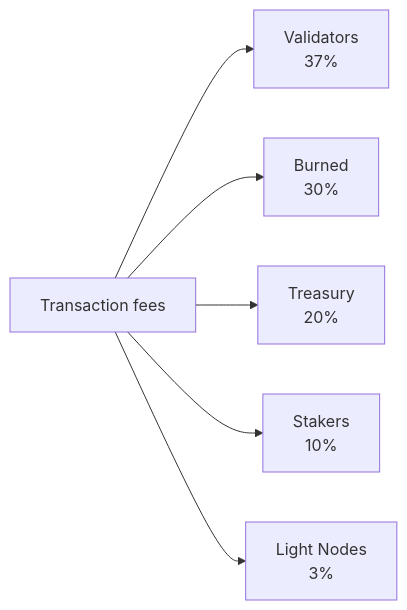
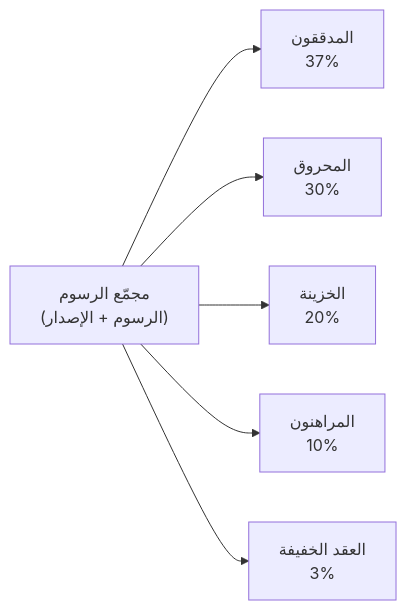
One commit to qorechain/qorechain-docs changed the diagram in i18n/ar/docusaurus-plugin-content-docs/current/architecture/tokenomics.md. Above: the diagram before and after it, drawn with Mermaid. The commit also changed other lines of this file and 1055 other files, not shown here.

````diff
--- a/i18n/ar/docusaurus-plugin-content-docs/current/architecture/tokenomics.md
+++ b/i18n/ar/docusaurus-plugin-content-docs/current/architecture/tokenomics.md
@@ -82,9 +82,9 @@
 ```mermaid
 flowchart LR
-    F["Transaction fees"]
-    F --> V["Validators<br/>37%"]
-    F --> B["Burned<br/>30%"]
-    F --> T["Treasury<br/>20%"]
-    F --> S["Stakers<br/>10%"]
-    F --> L["Light Nodes<br/>3%"]
+    F["مجمّع الرسوم<br/>(الرسوم + الإصدار)"]
+    F --> V["المدققون<br/>37%"]
+    F --> B["المحروق<br/>30%"]
+    F --> T["الخزينة<br/>20%"]
+    F --> S["المراهنون<br/>10%"]
+    F --> L["العقد الخفيفة<br/>3%"]
 ```
````
